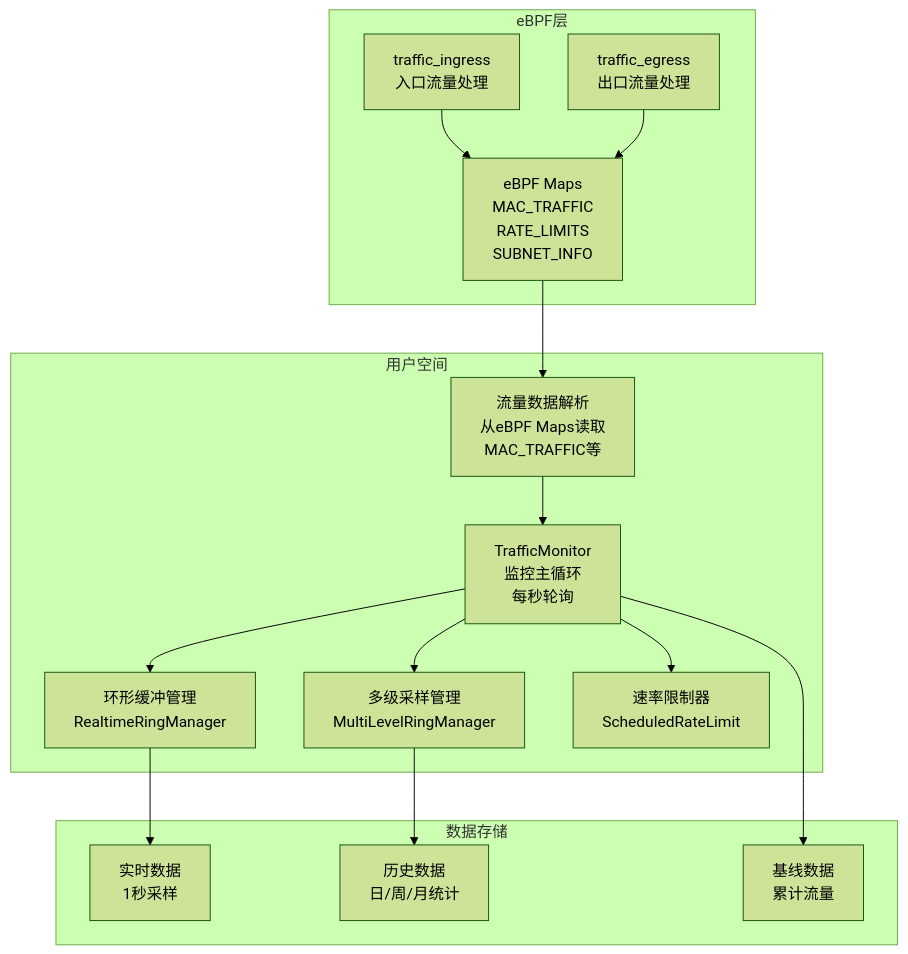
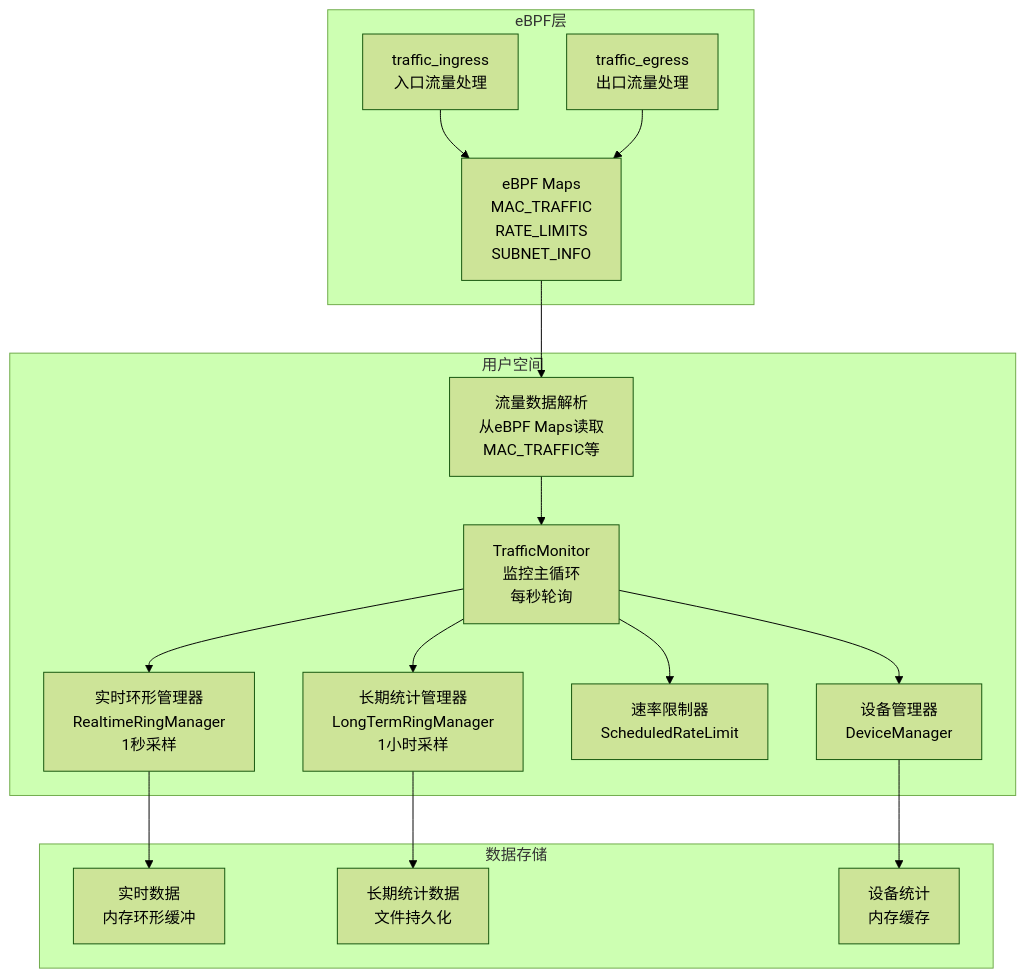
Before and after one commit to QiuSimons/OpenWrt-Add: the sixth of 8 diagrams in luci-app-bandix/ARCHITECTURE.md, drawn with Mermaid (forest theme). The commit also changed other lines of this file and 43 other files, not shown here.

````diff
--- a/luci-app-bandix/ARCHITECTURE.md
+++ b/luci-app-bandix/ARCHITECTURE.md
@@ -438,34 +368,36 @@
 ```mermaid
 graph TD
     subgraph "eBPF层"
         TRAFFIC_INGRESS[traffic_ingress<br/>入口流量处理]
         TRAFFIC_EGRESS[traffic_egress<br/>出口流量处理]
         TRAFFIC_MAPS[eBPF Maps<br/>MAC_TRAFFIC<br/>RATE_LIMITS<br/>SUBNET_INFO]
     end
 
     subgraph "用户空间"
         TRAFFIC_MONITOR[TrafficMonitor<br/>监控主循环<br/>每秒轮询]
         TRAFFIC_PARSER[流量数据解析<br/>从eBPF Maps读取<br/>MAC_TRAFFIC等]
-        RING_MANAGER[环形缓冲管理<br/>RealtimeRingManager]
-        MULTI_MANAGER[多级采样管理<br/>MultiLevelRingManager]
+        REALTIME_MGR[实时环形管理器<br/>RealtimeRingManager<br/>1秒采样]
+        LONGTERM_MGR[长期统计管理器<br/>LongTermRingManager<br/>1小时采样]
         RATE_LIMITER[速率限制器<br/>ScheduledRateLimit]
+        DEVICE_MGR[设备管理器<br/>DeviceManager]
     end
 
     subgraph "数据存储"
-        REALTIME_DATA[实时数据<br/>1秒采样]
-        HISTORICAL_DATA[历史数据<br/>日/周/月统计]
-        BASELINE_DATA[基线数据<br/>累计流量]
+        REALTIME_DATA[实时数据<br/>内存环形缓冲]
+        LONGTERM_DATA[长期统计数据<br/>文件持久化]
+        DEVICE_STATS[设备统计<br/>内存缓存]
     end
 
     TRAFFIC_INGRESS --> TRAFFIC_MAPS
     TRAFFIC_EGRESS --> TRAFFIC_MAPS
     TRAFFIC_MAPS --> TRAFFIC_PARSER
     TRAFFIC_PARSER --> TRAFFIC_MONITOR
-    TRAFFIC_MONITOR --> RING_MANAGER
-    TRAFFIC_MONITOR --> MULTI_MANAGER
+    TRAFFIC_MONITOR --> REALTIME_MGR
+    TRAFFIC_MONITOR --> LONGTERM_MGR
     TRAFFIC_MONITOR --> RATE_LIMITER
+    TRAFFIC_MONITOR --> DEVICE_MGR
 
-    RING_MANAGER --> REALTIME_DATA
-    MULTI_MANAGER --> HISTORICAL_DATA
-    TRAFFIC_MONITOR --> BASELINE_DATA
+    REALTIME_MGR --> REALTIME_DATA
+    LONGTERM_MGR --> LONGTERM_DATA
+    DEVICE_MGR --> DEVICE_STATS
 ```
````
